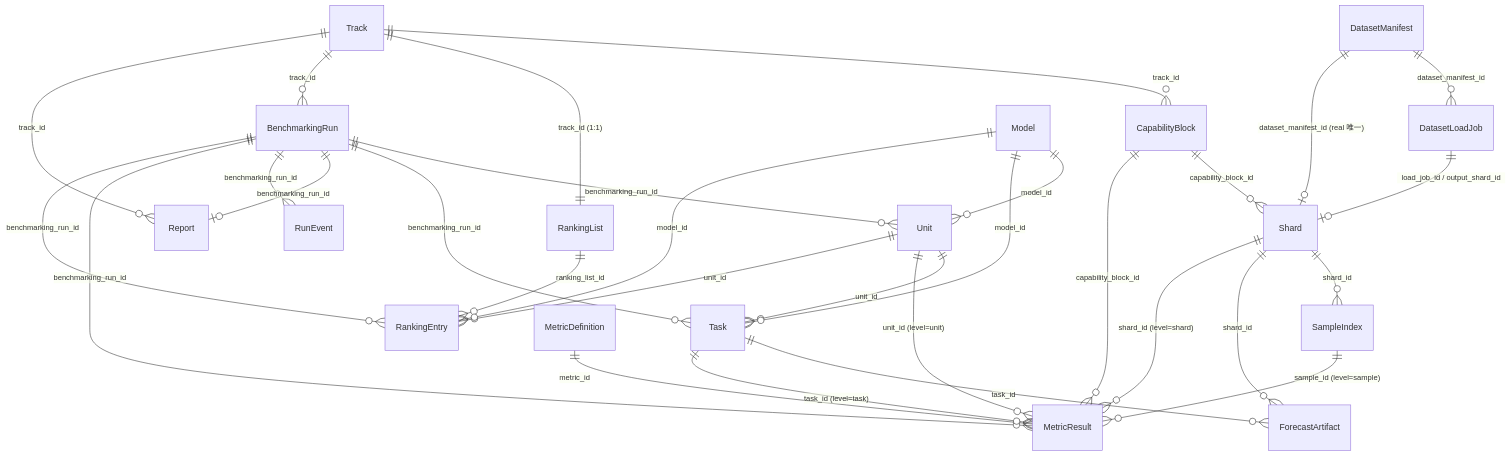
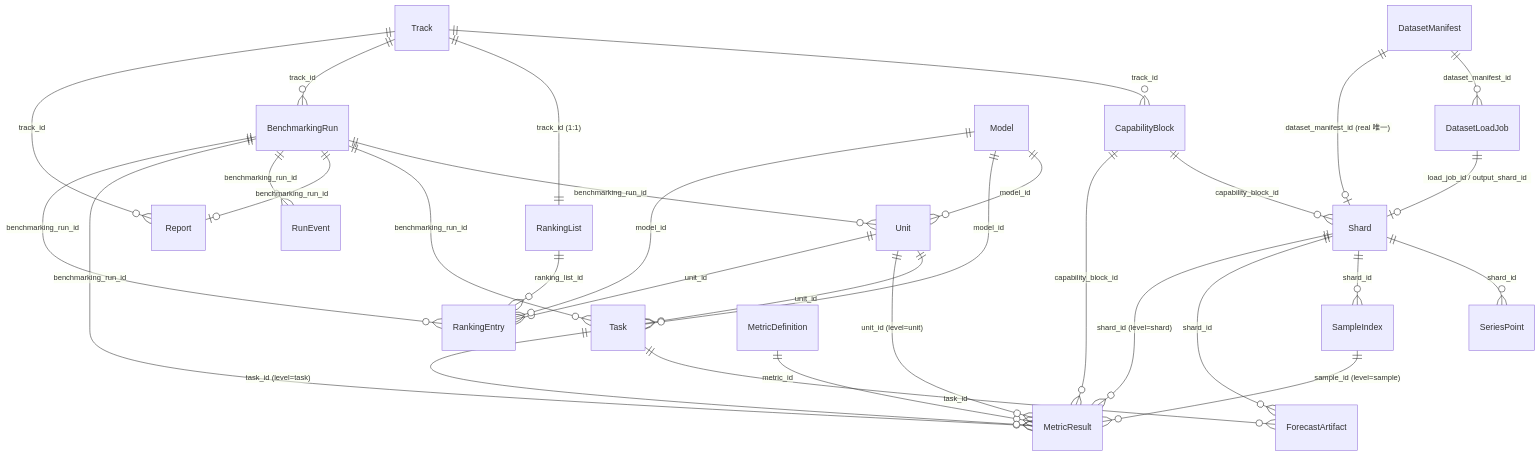
One commit to thulab/CaFE changed the diagram in docs/developer/data-model.md. Above: the diagram before and after it, drawn with Mermaid. The commit also changed other lines of this file and 4 other files, not shown here.

````diff
--- a/docs/developer/data-model.md
+++ b/docs/developer/data-model.md
@@ -65,37 +66,38 @@
 ```mermaid
 erDiagram
     DatasetManifest ||--o{ DatasetLoadJob : "dataset_manifest_id"
     DatasetManifest ||--o| Shard : "dataset_manifest_id (real 唯一)"
     DatasetLoadJob ||--o| Shard : "load_job_id / output_shard_id"
     CapabilityBlock ||--o{ Shard : "capability_block_id"
+    Shard ||--o{ SeriesPoint : "shard_id"
     Shard ||--o{ SampleIndex : "shard_id"
 
     Track ||--o{ CapabilityBlock : "track_id"
     Track ||--|| RankingList : "track_id (1:1)"
     Track ||--o{ BenchmarkingRun : "track_id"
     Track ||--o{ Report : "track_id"
 
     BenchmarkingRun ||--o{ Unit : "benchmarking_run_id"
     BenchmarkingRun ||--o{ Task : "benchmarking_run_id"
     Unit ||--o{ Task : "unit_id"
     Task ||--o{ ForecastArtifact : "task_id"
     Shard ||--o{ ForecastArtifact : "shard_id"
     BenchmarkingRun ||--o| Report : "benchmarking_run_id"
     BenchmarkingRun ||--o{ RunEvent : "benchmarking_run_id"
 
     Model ||--o{ Unit : "model_id"
     Model ||--o{ Task : "model_id"
 
     MetricDefinition ||--o{ MetricResult : "metric_id"
     BenchmarkingRun ||--o{ MetricResult : "benchmarking_run_id"
     Unit ||--o{ MetricResult : "unit_id (level=unit)"
     Task ||--o{ MetricResult : "task_id (level=task)"
     Shard ||--o{ MetricResult : "shard_id (level=shard)"
     SampleIndex ||--o{ MetricResult : "sample_id (level=sample)"
     CapabilityBlock ||--o{ MetricResult : "capability_block_id"
 
     RankingList ||--o{ RankingEntry : "ranking_list_id"
     Unit ||--o{ RankingEntry : "unit_id"
     BenchmarkingRun ||--o{ RankingEntry : "benchmarking_run_id"
     Model ||--o{ RankingEntry : "model_id"
 ```
````
